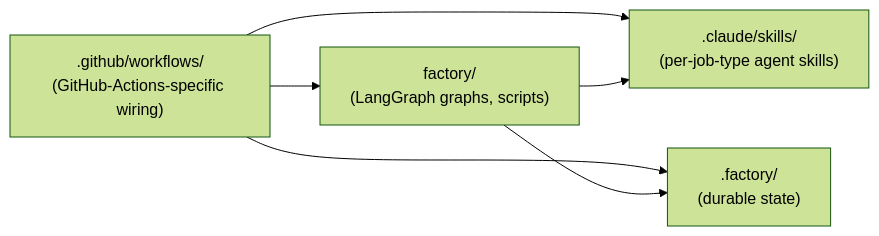
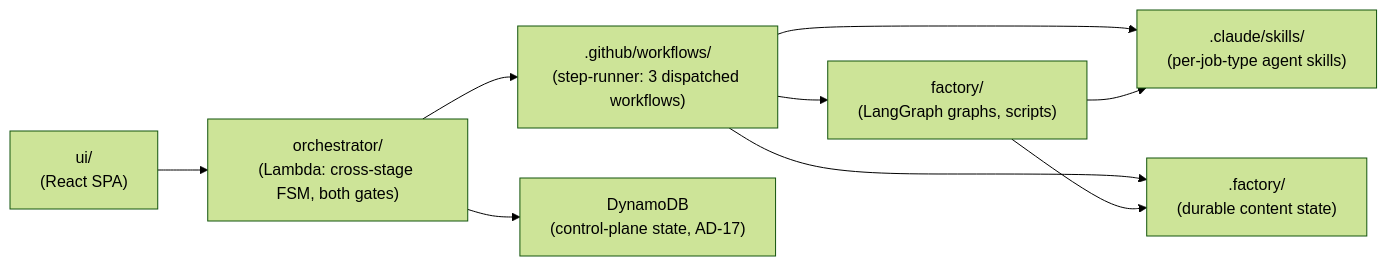
Before and after one commit to senacor3/software-factory-demo: the first of 2 diagrams in _bmad-output/initiative-light-factory/architecture-light-factory/architecture-light-factory.md, drawn with Mermaid (forest theme). The commit also changed other lines of this file and 15 other files, not shown here.

First line of the commit message:
Replace GitHub-Environment gates with an orchestrator-based design

````diff
--- a/_bmad-output/initiative-light-factory/architecture-light-factory/architecture-light-factory.md
+++ b/_bmad-output/initiative-light-factory/architecture-light-factory/architecture-light-factory.md
@@ -30,8 +33,11 @@
 ```mermaid
 flowchart LR
-    GHA[".github/workflows/\n(GitHub-Actions-specific wiring)"] --> LF["factory/\n(LangGraph graphs, scripts)"]
+    ORCH["orchestrator/\n(Lambda: cross-stage FSM, both gates)"] --> GHA[".github/workflows/\n(step-runner: 3 dispatched workflows)"]
+    UI["ui/\n(React SPA)"] --> ORCH
+    GHA --> LF["factory/\n(LangGraph graphs, scripts)"]
     GHA --> SKILLS[".claude/skills/\n(per-job-type agent skills)"]
     LF --> SKILLS
-    GHA --> STATE[".factory/\n(durable state)"]
+    GHA --> STATE[".factory/\n(durable content state)"]
     LF --> STATE
+    ORCH --> DDB["DynamoDB\n(control-plane state, AD-17)"]
 ```
````
